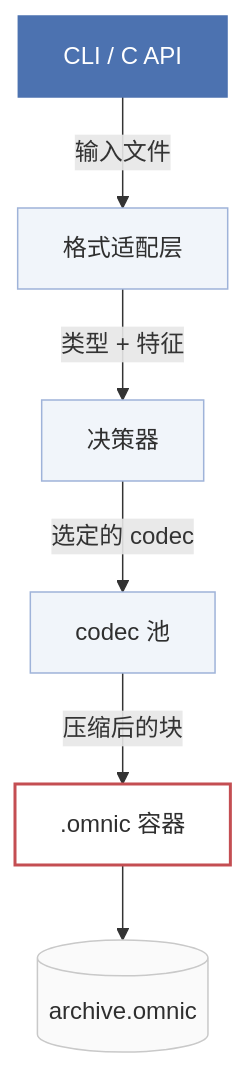
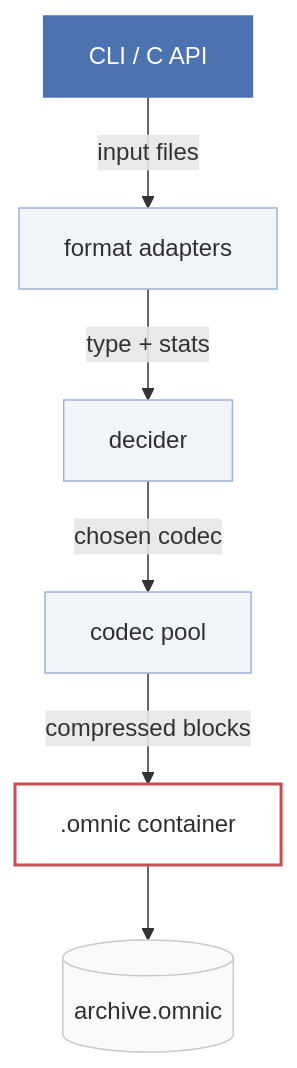
The diagram in README.zh-CN.md (push-rock/omnic), drawn with Mermaid before and after one commit. The commit also changed other lines of this file and 7 other files, not shown here.

Commit message:
[Doc:Feature] README as a landing page: charts replace the archive tables; unpack times measured

````diff
--- a/README.zh-CN.md
+++ b/README.zh-CN.md
@@ -62,24 +310,24 @@
 ```mermaid
 flowchart TD
     cli[CLI / C API]
-    adapters[格式适配层]
-    decider[决策器]
-    codecs[codec 池]
-    container[".omnic 容器"]
+    adapters[format adapters]
+    decider[decider]
+    codecs[codec pool]
+    container[".omnic container"]
     archive[("archive.omnic")]
 
-    cli -->|输入文件| adapters
-    adapters -->|类型 + 特征| decider
-    decider -->|选定的 codec| codecs
-    codecs -->|压缩后的块| container
+    cli -->|input files| adapters
+    adapters -->|type + stats| decider
+    decider -->|chosen codec| codecs
+    codecs -->|compressed blocks| container
     container --> archive
 
     classDef entry fill:#4C72B0,stroke:#4C72B0,color:#FFFFFF
     classDef stage fill:#F1F5FA,stroke:#9FB3D9,color:#2F2F2F
     classDef hero fill:#FFFFFF,stroke:#C44E52,stroke-width:2px,color:#2F2F2F
     classDef out fill:#FAFAFA,stroke:#C9C9C9,color:#2F2F2F
     class cli entry
     class adapters,decider,codecs stage
     class container hero
     class archive out
 ```
````
